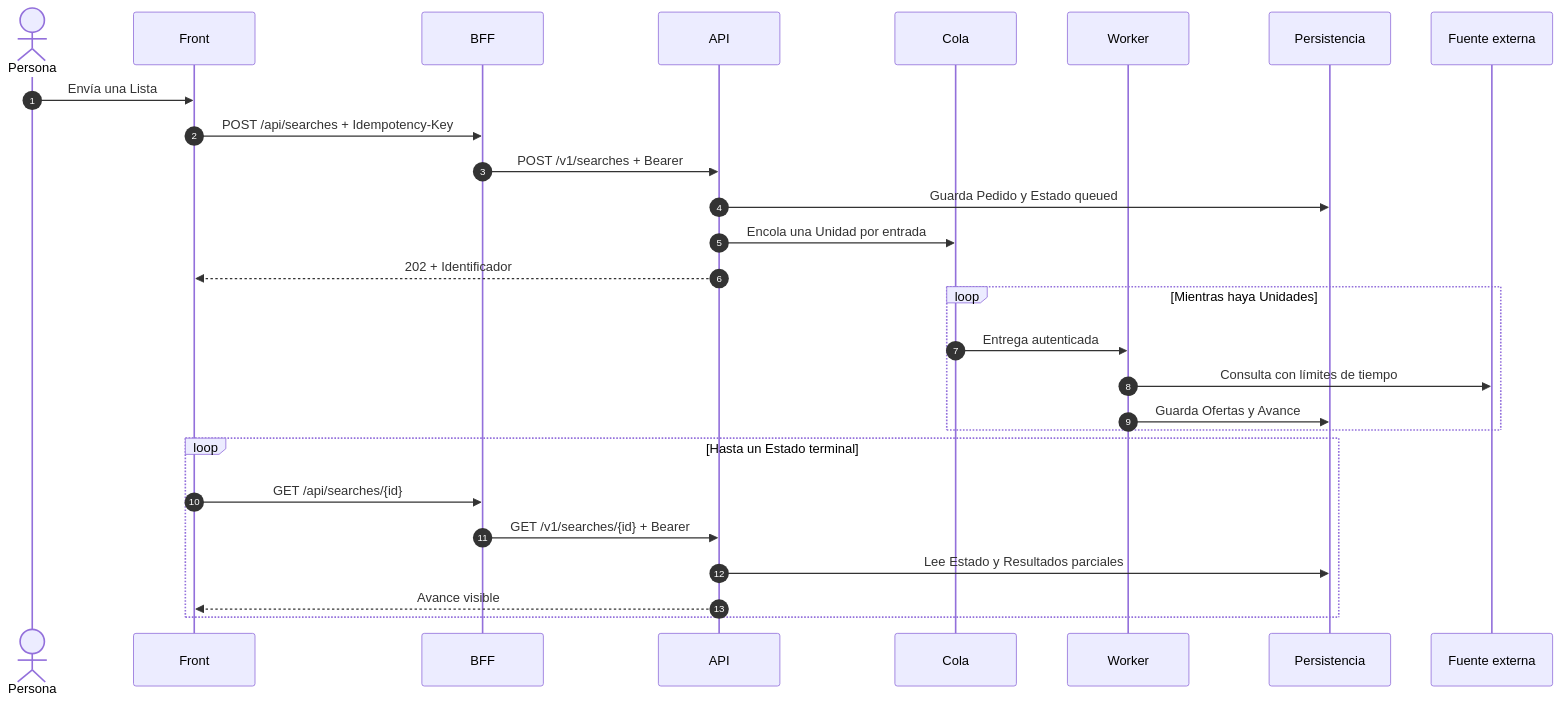
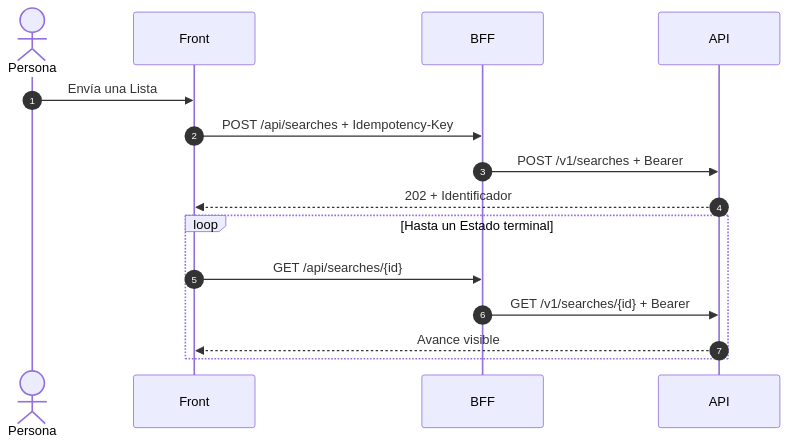
One commit to metaliaw/muchi changed the second of 3 diagrams in docs/arquitectura.md. Above: the diagram before and after it, drawn with Mermaid. The commit also changed other lines of this file and 17 other files, not shown here.

````diff
--- a/docs/arquitectura.md
+++ b/docs/arquitectura.md
@@ -180,32 +135,19 @@
 ```mermaid
 sequenceDiagram
     autonumber
     actor Person as Persona
     participant Web as Front
     participant BFF
     participant API
-    participant Queue as Cola
-    participant Worker
-    participant DB as Persistencia
-    participant Source as Fuente externa
 
     Person->>Web: Envía una Lista
     Web->>BFF: POST /api/searches + Idempotency-Key
     BFF->>API: POST /v1/searches + Bearer
-    API->>DB: Guarda Pedido y Estado queued
-    API->>Queue: Encola una Unidad por entrada
     API-->>Web: 202 + Identificador
-
-    loop Mientras haya Unidades
-        Queue->>Worker: Entrega autenticada
-        Worker->>Source: Consulta con límites de tiempo
-        Worker->>DB: Guarda Ofertas y Avance
-    end
 
     loop Hasta un Estado terminal
         Web->>BFF: GET /api/searches/{id}
         BFF->>API: GET /v1/searches/{id} + Bearer
-        API->>DB: Lee Estado y Resultados parciales
         API-->>Web: Avance visible
     end
 ```
````
